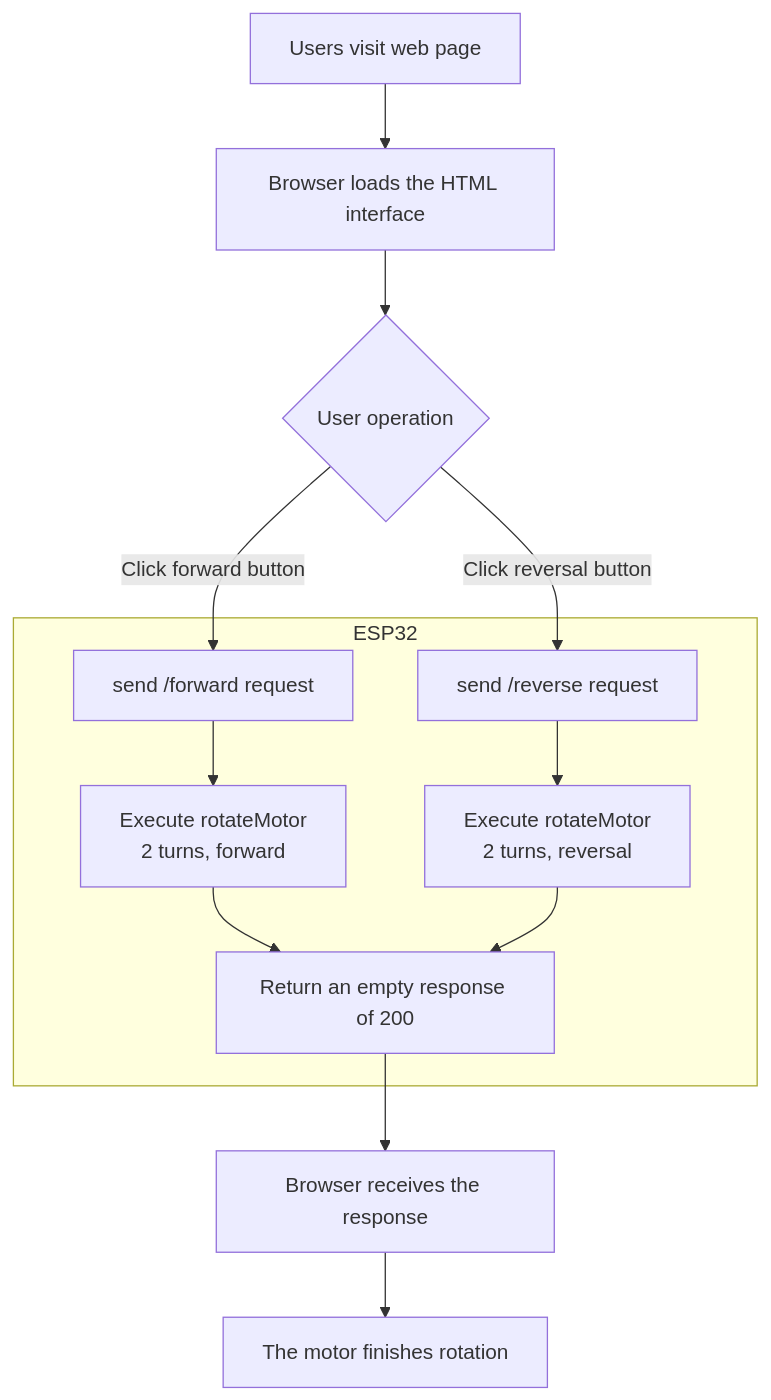
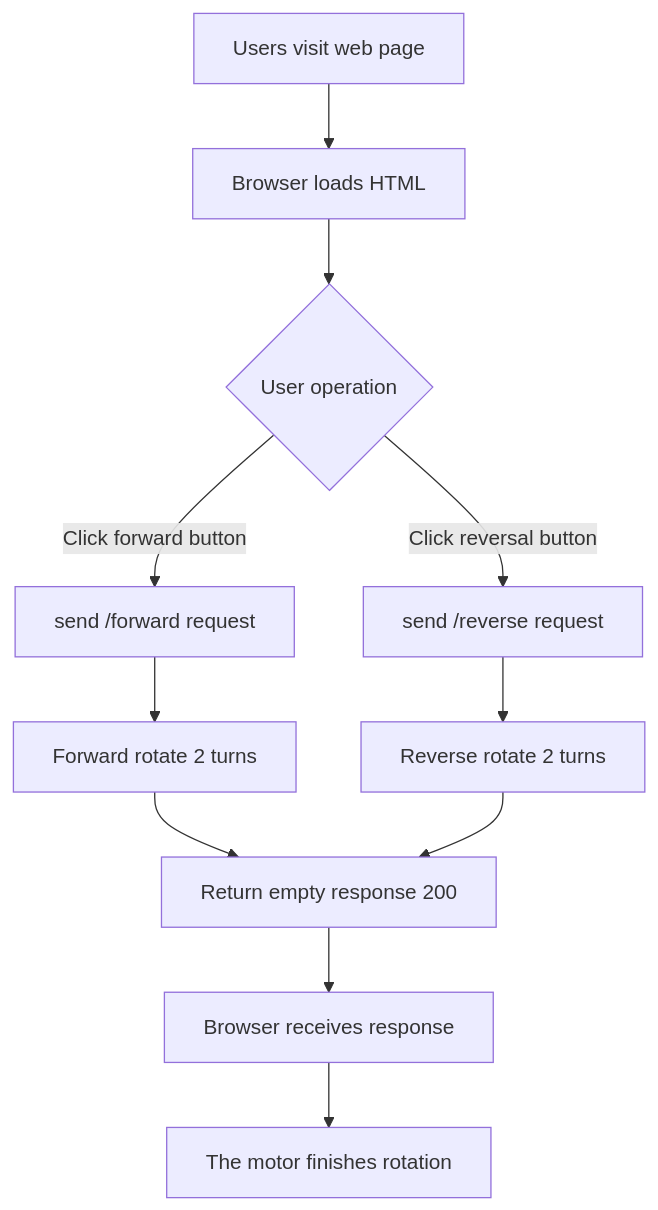
Before and after one commit to keyestudio/KS0597-: the diagram in docs/4.Arduino Projects/4.3 Projects/Project 12.md, drawn with Mermaid. The commit also changed 9 other files, not shown here.

````diff
--- a/docs/4.Arduino Projects/4.3 Projects/Project 12.md
+++ b/docs/4.Arduino Projects/4.3 Projects/Project 12.md
@@ -31,19 +31,17 @@
 ```mermaid
 flowchart TD
-    A[Users visit web page] --> B[Browser loads the HTML interface]
+    A[Users visit web page] --> B[Browser loads HTML]
     B --> C{User operation}
     C -->|Click forward button| D[send /forward request]
     C -->|Click reversal button| E[send /reverse request]
     
-    subgraph ESP32
-        D --> F[Execute rotateMotor\n2 turns, forward]
-        E --> G[Execute rotateMotor\n2 turns, reversal]
-        F --> H[Return an empty response of 200]
+        D --> F[Forward rotate 2 turns]
+        E --> G[Reverse rotate 2 turns]
+        F --> H[Return empty response 200]
         G --> H
-    end
 
-    H --> I[Browser receives the response]
+    H --> I[Browser receives response]
     I --> J[The motor finishes rotation]
     
 
 ```
````
